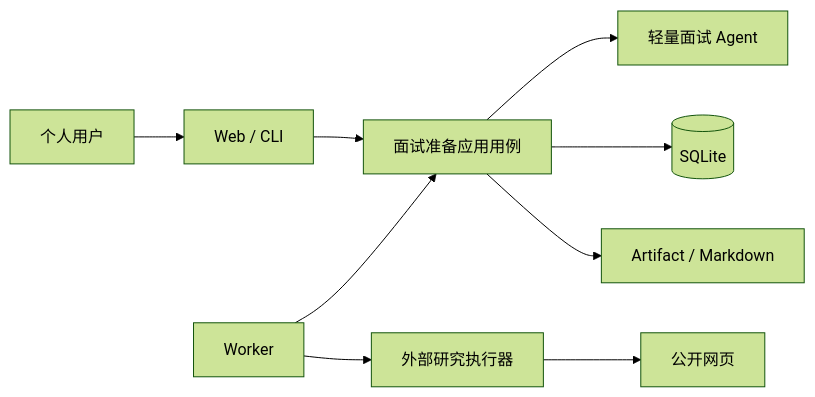
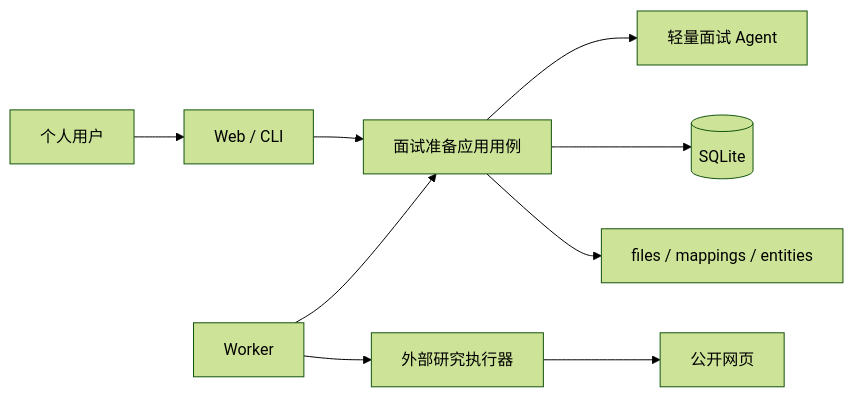
The second of 2 diagrams in docs/arch/interview-preparation.md (MonarchMan/JobHunter), drawn with Mermaid (forest theme) before and after one commit. The commit also changed other lines of this file and 208 other files, not shown here.

First line of the commit message:
refactor: simplify database schema and remove redundant job storage tables

````diff
--- a/docs/arch/interview-preparation.md
+++ b/docs/arch/interview-preparation.md
@@ -449,11 +454,11 @@
 ```mermaid
 flowchart LR
     U["个人用户"] --> ENTRY["Web / CLI"]
     ENTRY --> INTERVIEW["面试准备应用用例"]
     WORKER["Worker"] --> INTERVIEW
     INTERVIEW --> AGENT["轻量面试 Agent"]
     INTERVIEW --> DB[("SQLite")]
-    INTERVIEW --> FILES["Artifact / Markdown"]
+    INTERVIEW --> FILES["files / mappings / entities"]
     WORKER --> EXEC["外部研究执行器"]
     EXEC --> PUBLIC["公开网页"]
 ```
````
